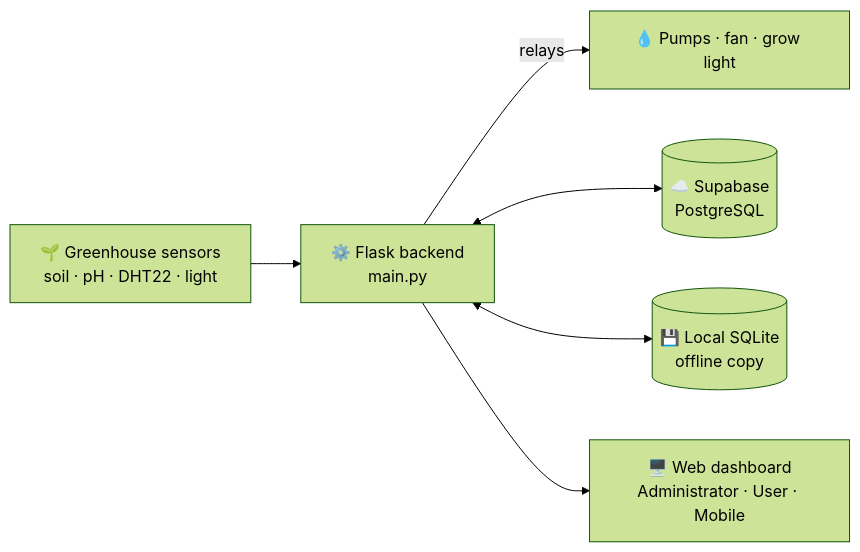
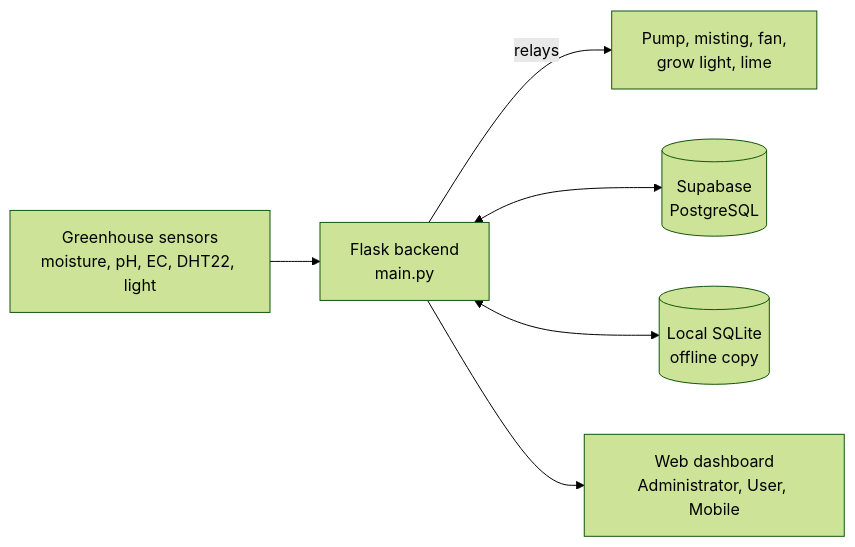
One commit to Levi-crown/icucrops-source-code changed the diagram in README.md. Above: the diagram before and after it, drawn with Mermaid (forest theme). The commit also changed other lines of this file and 26 other files, not shown here.

````diff
--- a/README.md
+++ b/README.md
@@ -184,8 +196,8 @@
 ```mermaid
 flowchart LR
-    A["🌱 Greenhouse sensors<br/>soil · pH · DHT22 · light"] --> B["⚙️ Flask backend<br/>main.py"]
-    B -- relays --> C["💧 Pumps · fan · grow light"]
-    B <--> D[("☁️ Supabase<br/>PostgreSQL")]
-    B <--> E[("💾 Local SQLite<br/>offline copy")]
-    B --> F["🖥️ Web dashboard<br/>Administrator · User · Mobile"]
+    A["Greenhouse sensors<br/>moisture, pH, EC, DHT22, light"] --> B["Flask backend<br/>main.py"]
+    B -- relays --> C["Pump, misting, fan,<br/>grow light, lime"]
+    B <--> D[("Supabase<br/>PostgreSQL")]
+    B <--> E[("Local SQLite<br/>offline copy")]
+    B --> F["Web dashboard<br/>Administrator, User, Mobile"]
 ```
````
